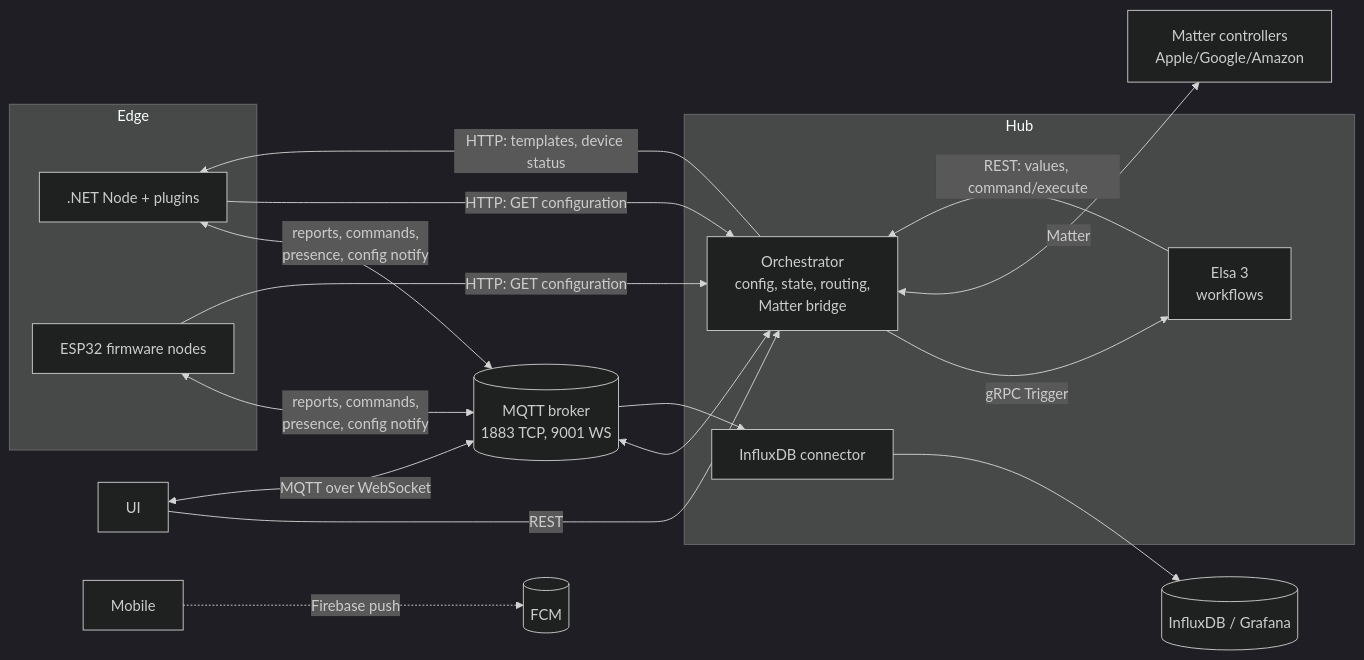
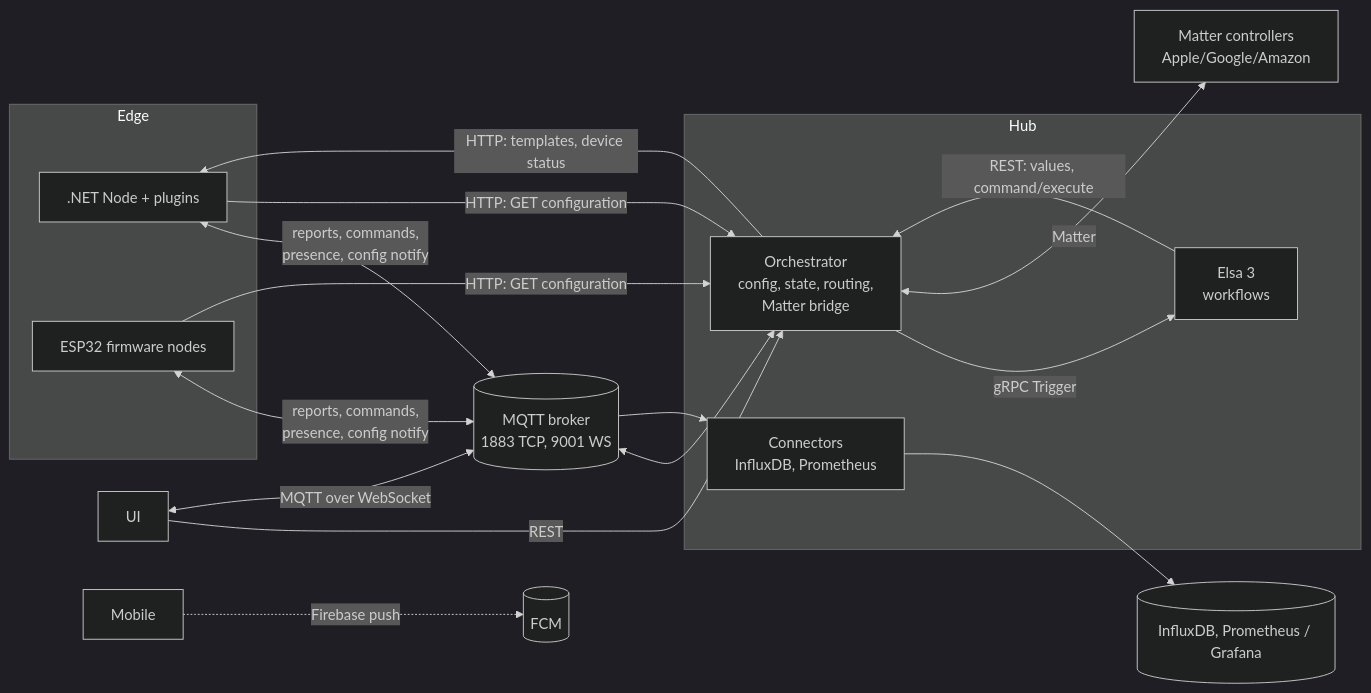
One commit to Revolutionized-IoT2/.github changed the diagram in docs/architecture/overview.md. Above: the diagram before and after it, drawn with Mermaid (dark theme). The commit also changed other lines of this file and 27 other files, not shown here.

Commit message:
I39 connectors in the UI and the Prometheus exporter: docs, contracts, observability profile, pins

````diff
--- a/docs/architecture/overview.md
+++ b/docs/architecture/overview.md
@@ -44,27 +45,27 @@
 ```mermaid
 flowchart LR
   subgraph Edge
     N[.NET Node + plugins]
     F[ESP32 firmware nodes]
   end
   B[(MQTT broker<br/>1883 TCP, 9001 WS)]
   subgraph Hub
     O[Orchestrator<br/>config, state, routing,<br/>Matter bridge]
     E[Elsa 3<br/>workflows]
-    C[InfluxDB connector]
+    C[Connectors<br/>InfluxDB, Prometheus]
   end
   U[UI]
   M[Mobile]
   X[Matter controllers<br/>Apple/Google/Amazon]
   N & F <-->|reports, commands,<br/>presence, config notify| B
   B <--> O
-  B --> C --> I[(InfluxDB / Grafana)]
+  B --> C --> I[(InfluxDB, Prometheus / Grafana)]
   O -->|gRPC Trigger| E
   E -->|REST: values, command/execute| O
   N & F -->|HTTP: GET configuration| O
   O -->|HTTP: templates, device status| N
   U -->|REST| O
   U <-->|MQTT over WebSocket| B
   O <-->|Matter| X
   M -.->|Firebase push| FCM[(FCM)]
 ```
````
